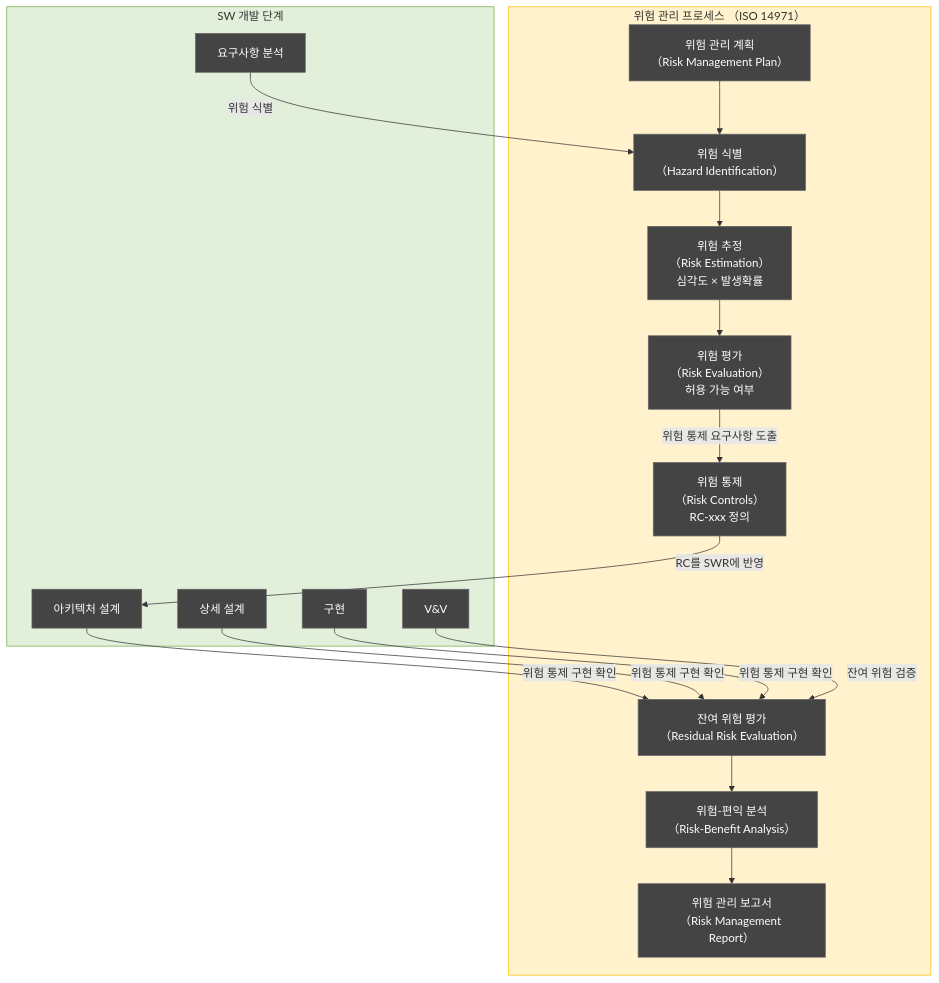
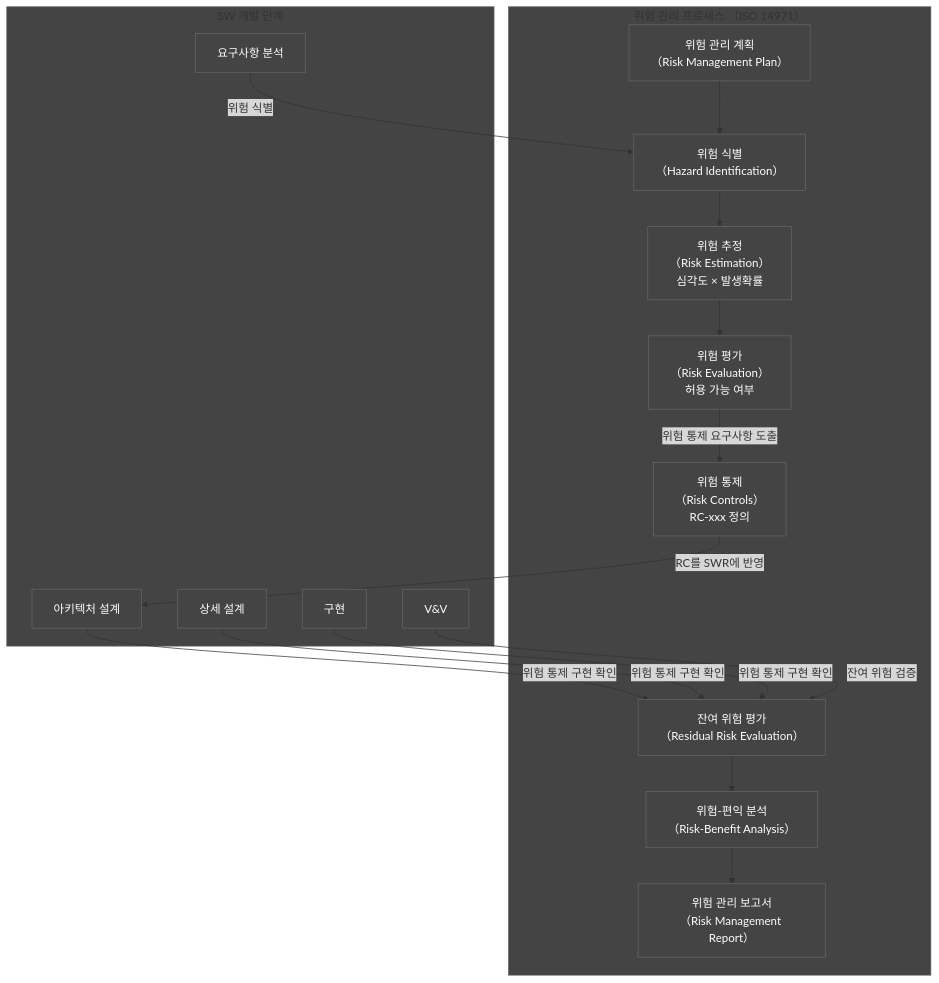
The eighth of 13 diagrams in docs/management/DOC-003_SW_Development_Guideline_v1.0.md (holee9/console-gui), drawn with Mermaid before and after one commit. The commit also changed other lines of this file and 35 other files, not shown here.

First line of the commit message:
fix: 전체 Mermaid 차트 색상 진한 회색 통일

````diff
--- a/docs/management/DOC-003_SW_Development_Guideline_v1.0.md
+++ b/docs/management/DOC-003_SW_Development_Guideline_v1.0.md
@@ -797,35 +797,35 @@
 ```mermaid
 flowchart TD
     classDef default fill:#444,stroke:#666,color:#fff
     subgraph RM["위험 관리 프로세스 （ISO 14971）"]
         R1["위험 관리 계획<br/>（Risk Management Plan）"]
         R2["위험 식별<br/>（Hazard Identification）"]
         R3["위험 추정<br/>（Risk Estimation）<br/>심각도 × 발생확률"]
         R4["위험 평가<br/>（Risk Evaluation）<br/>허용 가능 여부"]
         R5["위험 통제<br/>（Risk Controls）<br/>RC-xxx 정의"]
         R6["잔여 위험 평가<br/>（Residual Risk Evaluation）"]
         R7["위험-편익 분석<br/>（Risk-Benefit Analysis）"]
         R8["위험 관리 보고서<br/>（Risk Management Report）"]
     end
 
     subgraph SW["SW 개발 단계"]
         S1["요구사항 분석"]
         S2["아키텍처 설계"]
         S3["상세 설계"]
         S4["구현"]
         S5["V&V"]
     end
 
     S1 -->|위험 식별| R2
     R2 --> R3 --> R4
     R4 -->|위험 통제 요구사항 도출| R5
     R5 -->|RC를 SWR에 반영| S2
     S2 & S3 & S4 -->|위험 통제 구현 확인| R6
     S5 -->|잔여 위험 검증| R6
     R6 --> R7 --> R8
 
     R1 --> R2
 
-    style RM fill:#FFF2CC,stroke:#FFC000
-    style SW fill:#E2EFDA,stroke:#70AD47
+    style RM fill:#444,stroke:#666
+    style SW fill:#444,stroke:#666
 ```
````
